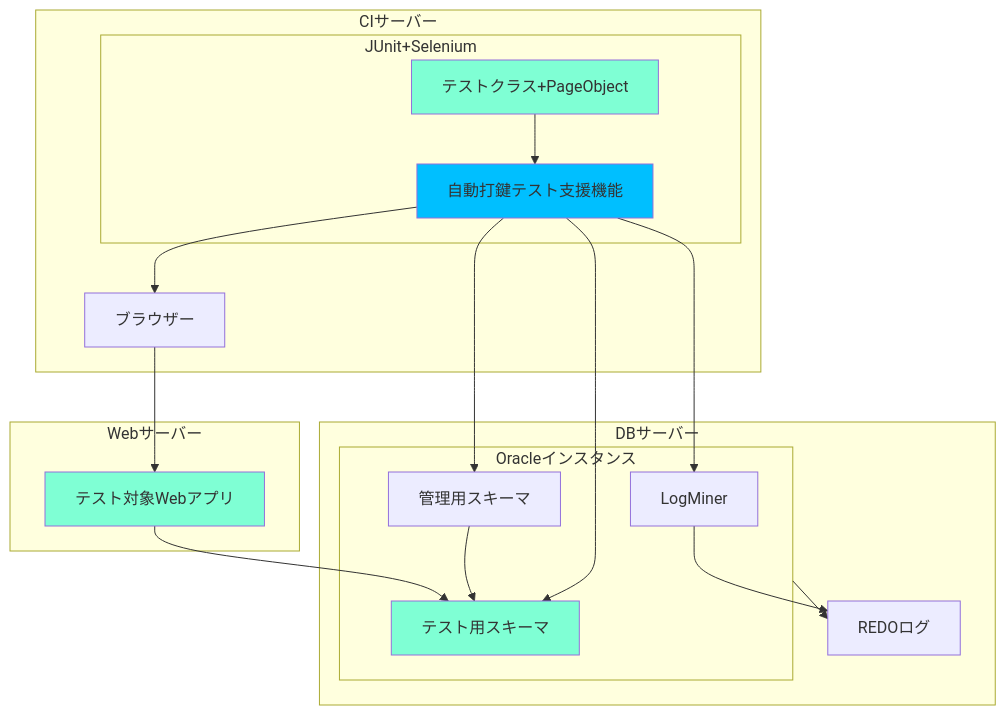
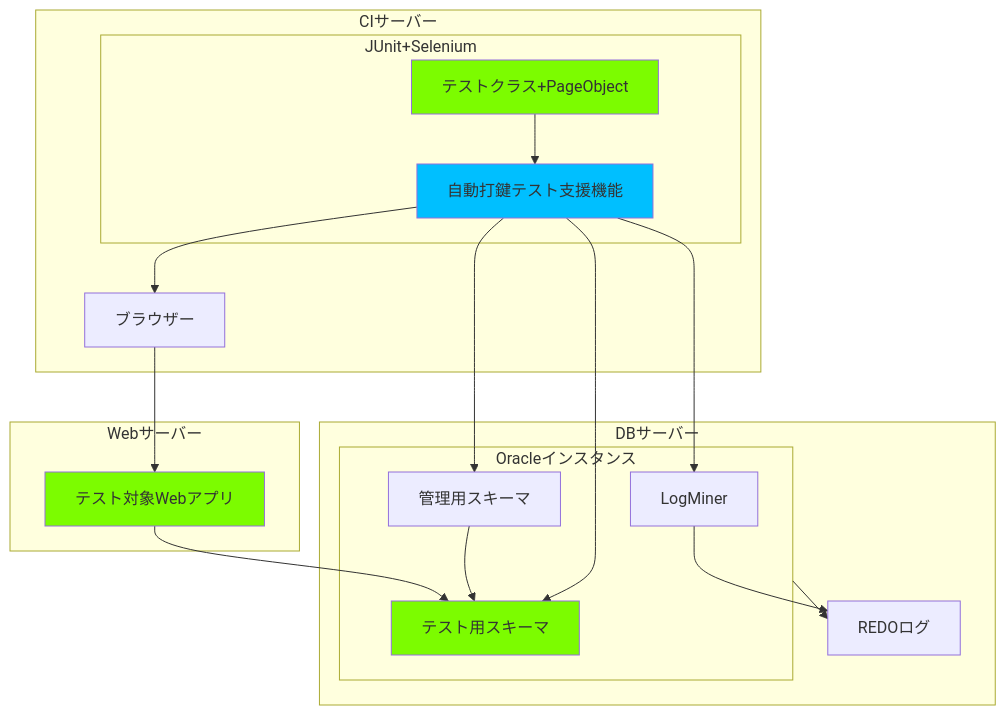
The diagram in src/posts/blogs/2022/1231_automatic_operation_test.md (mamezou-tech/mamezou-tech-site), drawn with Mermaid before and after one commit. The commit also changed other lines of this file and 2 other files, not shown here.

Commit message:
自動検証のクラス図とシーケンス図を作成して追記。

````diff
--- a/src/posts/blogs/2022/1231_automatic_operation_test.md
+++ b/src/posts/blogs/2022/1231_automatic_operation_test.md
@@ -177,35 +182,35 @@
 ```mermaid
 flowchart TB
     subgraph webServer[Webサーバー]
     webapp[テスト対象Webアプリ]
-    style webapp fill:aquamarine
+    style webapp fill:lawngreen
     end
     subgraph dbServer[DBサーバー]
       subgraph oracleInstance[Oracleインスタンス]
         schema1[管理用スキーマ]
         schema2[テスト用スキーマ]
-        style schema2 fill:aquamarine
+        style schema2 fill:lawngreen
         logMiner[LogMiner]
       end
       redoLog[REDOログ]
       logMiner-->redoLog
       oracleInstance-->redoLog
     end
     subgraph ciServer[CIサーバー]
       subgraph JUnit+Selenium
       testSupport[自動打鍵テスト支援機能]
       style testSupport fill:deepskyblue
       testClass[テストクラス+PageObject]
-      style testClass fill:aquamarine
+      style testClass fill:lawngreen
       testClass-->testSupport
       end
       browser[ブラウザー]
       testSupport-->browser
       testSupport-->schema1
       testSupport-->schema2
       testSupport-->logMiner
       schema1-->schema2
       browser-->webapp
       webapp-->schema2
     end
 ```
````
